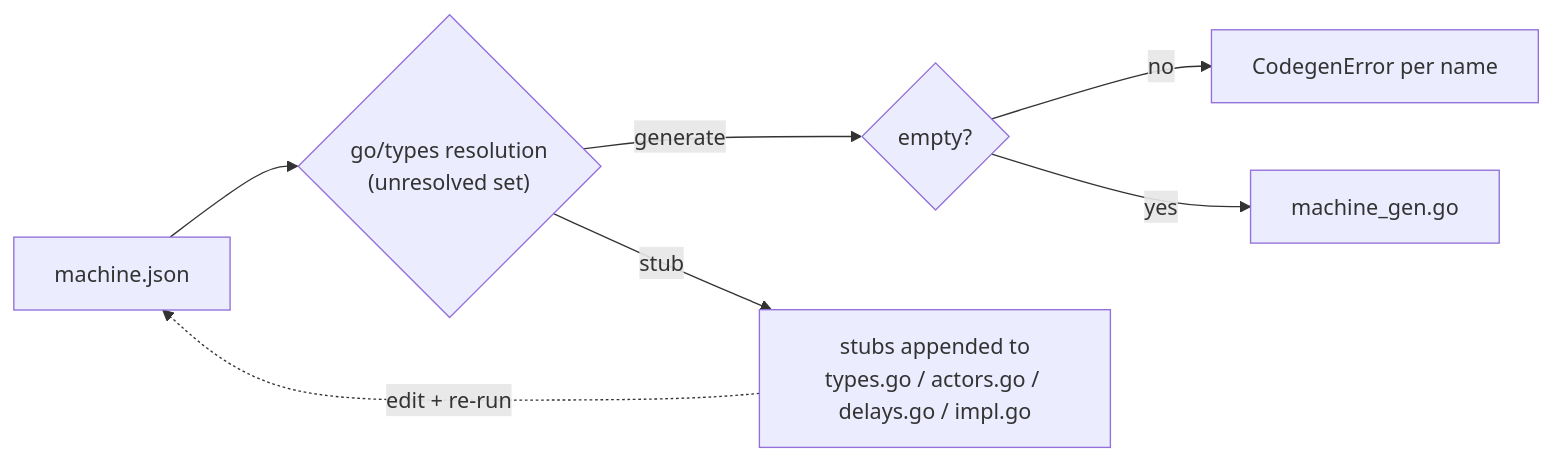
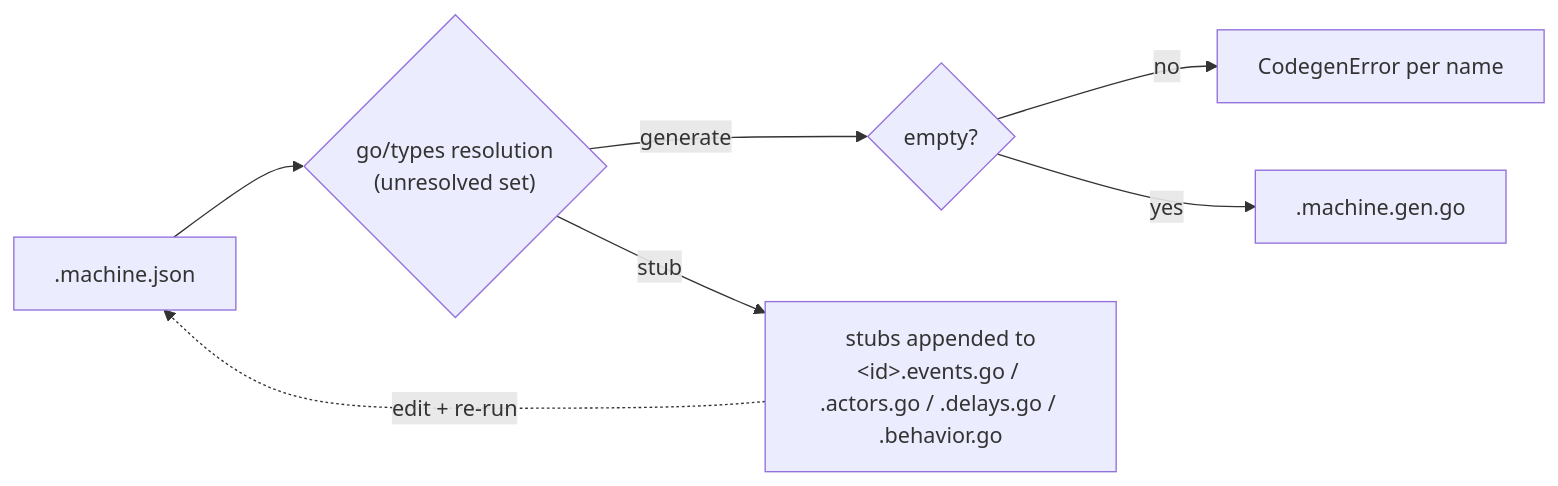
Before and after one commit to andrioid/statesman: the second of 7 diagrams in statesman-architecture.md, drawn with Mermaid. The commit also changed other lines of this file and 18 other files, not shown here.

First line of the commit message:
codegen: machine-named files, filename identity, Impl behavior stub

````diff
--- a/statesman-architecture.md
+++ b/statesman-architecture.md
@@ -241,9 +241,9 @@
 ```mermaid
 flowchart LR
-    M["machine.json"] --> R{"go/types resolution<br/>(unresolved set)"}
+    M["<id>.machine.json"] --> R{"go/types resolution<br/>(unresolved set)"}
     R -->|"generate"| G{"empty?"}
     G -->|"no"| E["CodegenError per name"]
-    G -->|"yes"| O["machine_gen.go"]
-    R -->|"stub"| S["stubs appended to<br/>types.go / actors.go / delays.go / impl.go"]
+    G -->|"yes"| O["<id>.machine.gen.go"]
+    R -->|"stub"| S["stubs appended to<br/>&lt;id&gt;.events.go / .actors.go / .delays.go / .behavior.go"]
     S -.->|"edit + re-run"| M
 ```
````
